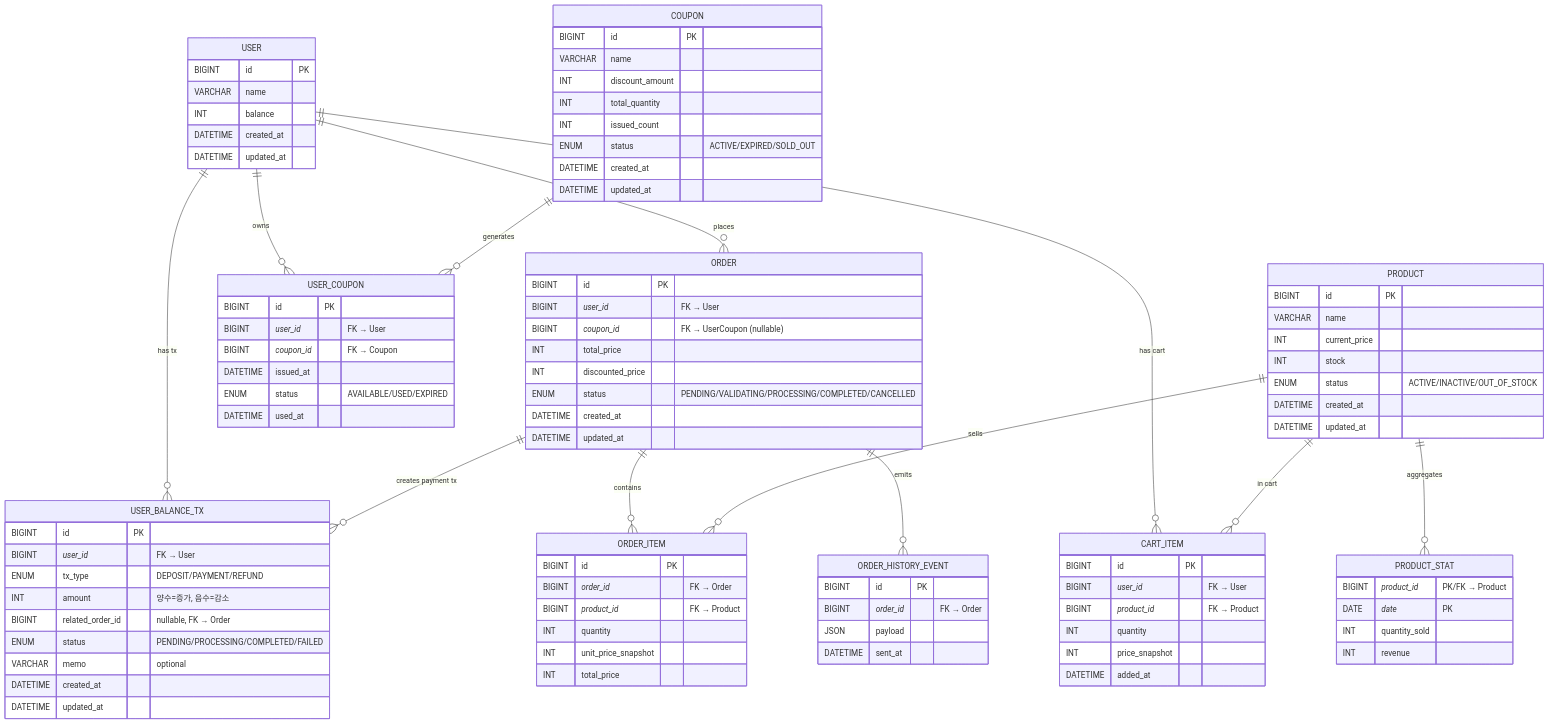
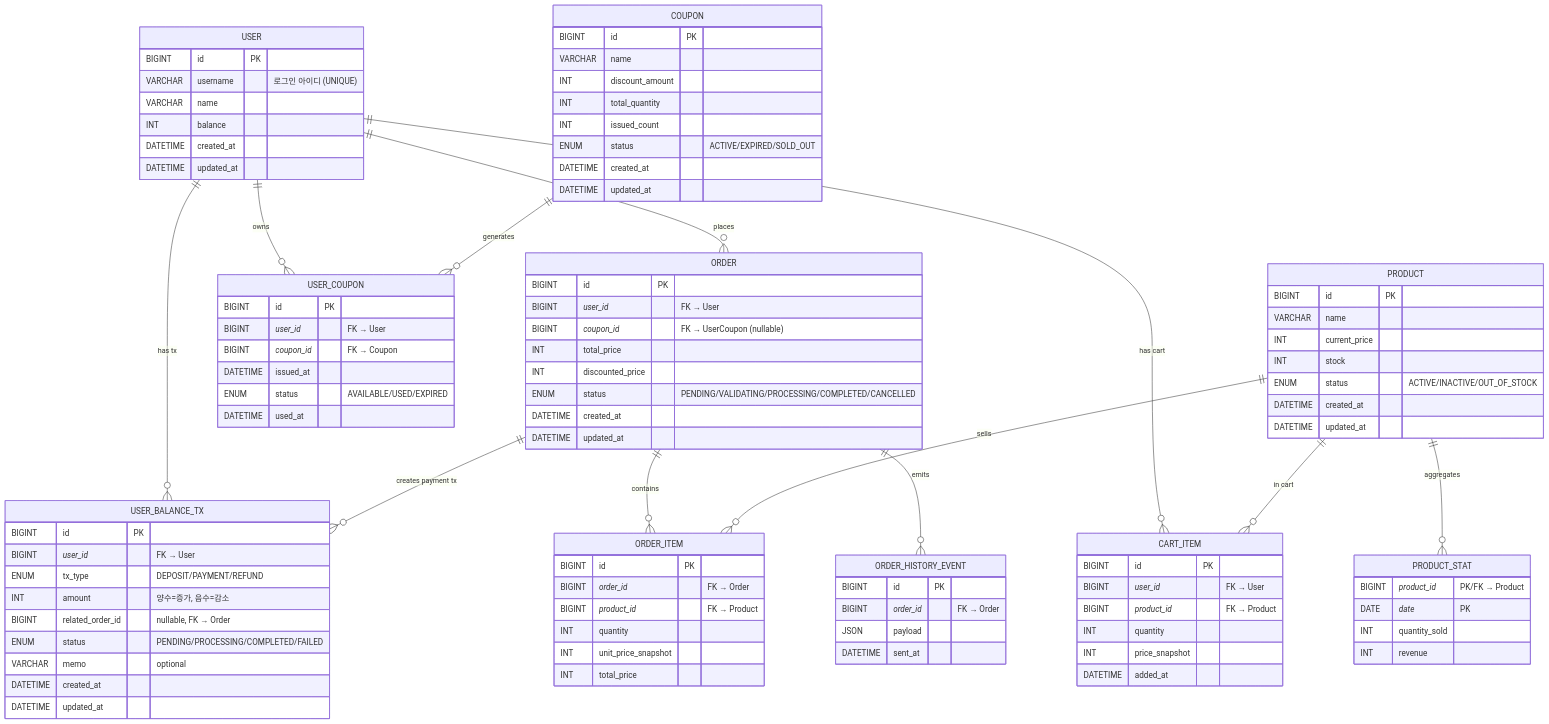
One commit to yuni02/hhplus-ecommerce changed the diagram in docs/erd.md. Above: the diagram before and after it, drawn with Mermaid. The commit also changed 2 other files, not shown here.

Commit message:
feat: 요구사항 내용 추가
erd 에서 user table에 username 생성
시퀀스 다이어그램에서 api명 수정

```diff
--- a/docs/erd.md
+++ b/docs/erd.md
@@ -5,6 +5,7 @@
     
     USER {
         BIGINT id PK
+        VARCHAR username    "로그인 아이디 (UNIQUE)"
         VARCHAR name
         INT balance
         DATETIME created_at
```
